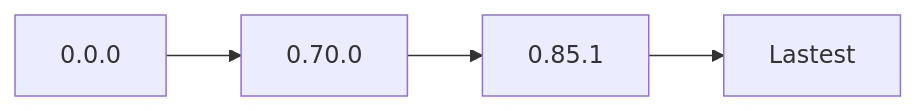
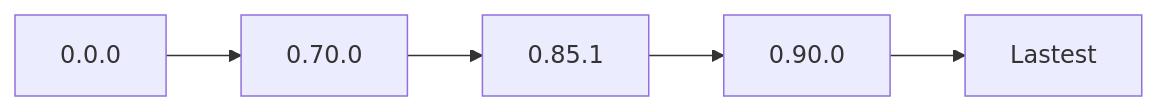
One commit to zmjack/NStandard changed the diagram in README.md. Above: the diagram before and after it, drawn with Mermaid. The commit also changed other lines of this file and 102 other files, not shown here.

````diff
--- a/README.md
+++ b/README.md
@@ -48,4 +48,4 @@
 ```mermaid
 graph LR
-0.0.0 --> 0.70.0 --> 0.85.1 --> Lastest
+0.0.0 --> 0.70.0 --> 0.85.1 --> 0.90.0 --> Lastest
 ```
````
